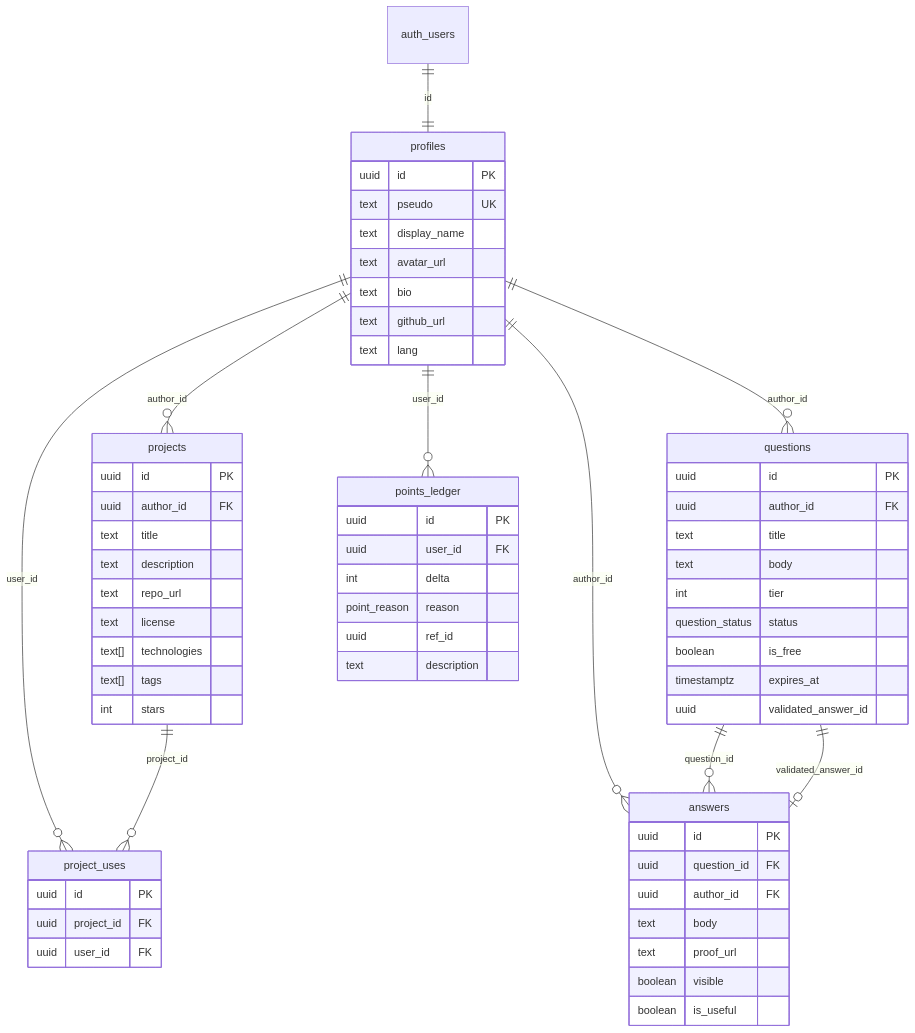
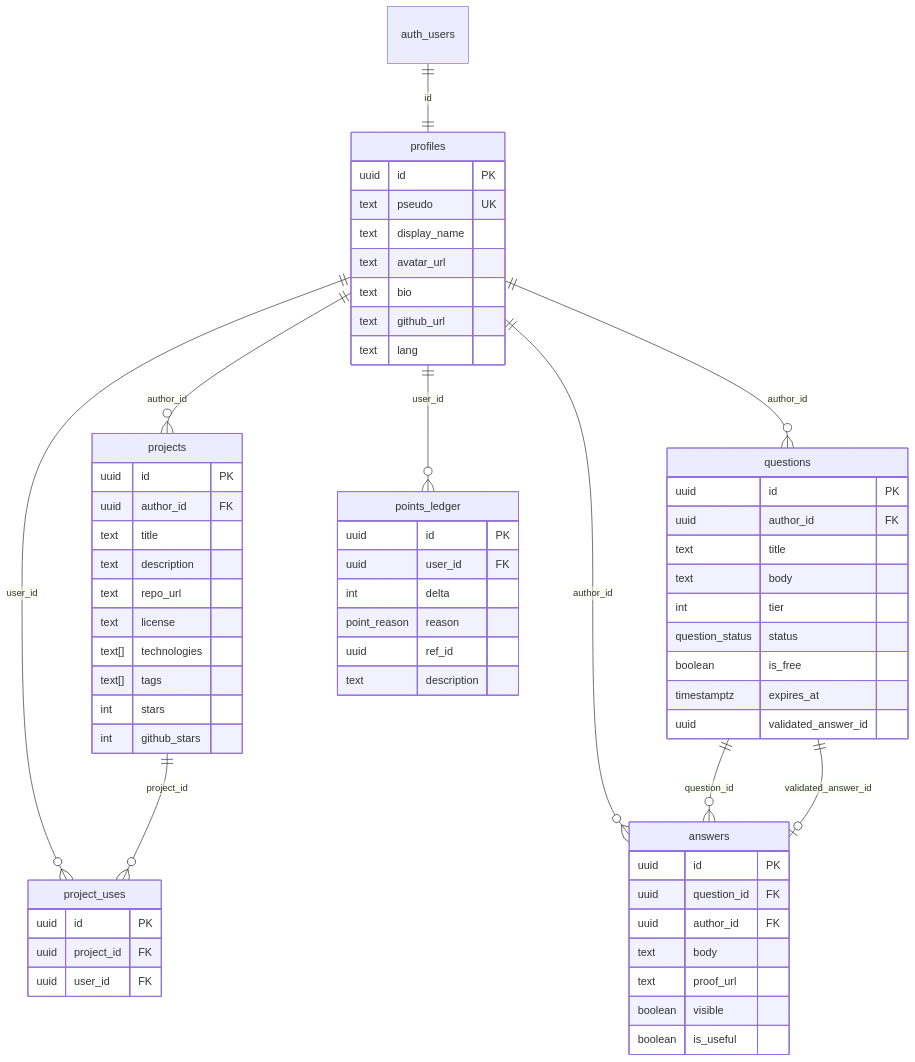
One commit to NGASSAKI003/bondev changed the diagram in docs/DATABASE.md. Above: the diagram before and after it, drawn with Mermaid. The commit also changed other lines of this file and 14 other files, not shown here.

````diff
--- a/docs/DATABASE.md
+++ b/docs/DATABASE.md
@@ -392,71 +393,72 @@
 ```mermaid
 erDiagram
     auth_users ||--|| profiles : "id"
     profiles ||--o{ projects : "author_id"
     profiles ||--o{ questions : "author_id"
     profiles ||--o{ answers : "author_id"
     profiles ||--o{ points_ledger : "user_id"
     profiles ||--o{ project_uses : "user_id"
     projects ||--o{ project_uses : "project_id"
     questions ||--o{ answers : "question_id"
     questions ||--o| answers : "validated_answer_id"
 
     profiles {
         uuid id PK
         text pseudo UK
         text display_name
         text avatar_url
         text bio
         text github_url
         text lang
     }
 
     projects {
         uuid id PK
         uuid author_id FK
         text title
         text description
         text repo_url
         text license
         text[] technologies
         text[] tags
         int stars
+        int github_stars
     }
 
     project_uses {
         uuid id PK
         uuid project_id FK
         uuid user_id FK
     }
 
     questions {
         uuid id PK
         uuid author_id FK
         text title
         text body
         int tier
         question_status status
         boolean is_free
         timestamptz expires_at
         uuid validated_answer_id
     }
 
     answers {
         uuid id PK
         uuid question_id FK
         uuid author_id FK
         text body
         text proof_url
         boolean visible
         boolean is_useful
     }
 
     points_ledger {
         uuid id PK
         uuid user_id FK
         int delta
         point_reason reason
         uuid ref_id
         text description
     }
 ```
````
